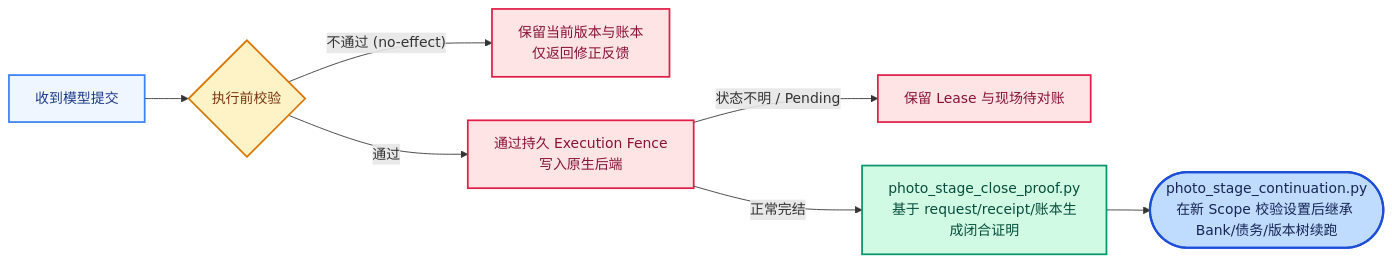
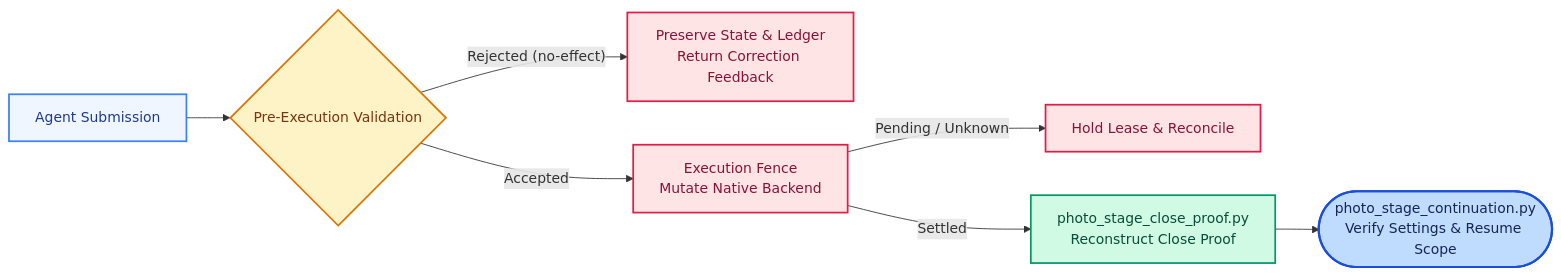
Before and after one commit to ARCHIC001/RetouchAgain: the diagram in docs/v20-update-and-usage.md, drawn with Mermaid. The commit also changed 4 other files, not shown here.

````diff
--- a/docs/v20-update-and-usage.md
+++ b/docs/v20-update-and-usage.md
@@ -26,15 +26,15 @@
 ```mermaid
 flowchart LR
     classDef flowStart fill:#eff6ff,stroke:#3b82f6,color:#1e3a8a,stroke-width:2px
     classDef flowEnd fill:#bfdbfe,stroke:#1d4ed8,color:#172554,stroke-width:2.5px
     classDef origVisual fill:#fef3c7,stroke:#d97706,color:#78350f,stroke-width:2px
     classDef origMemory fill:#d1fae5,stroke:#059669,color:#064e3b,stroke-width:2px
     classDef origGuard fill:#ffe4e6,stroke:#e11d48,color:#881337,stroke-width:2px
 
-    Turn["收到模型提交"]:::flowStart --> Check{"执行前校验"}:::origVisual
-    Check -->|"不通过 (no-effect)"| Reject["保留当前版本与账本<br/>仅返回修正反馈"]:::origGuard
-    Check -->|"通过"| Fence["通过持久 Execution Fence<br/>写入原生后端"]:::origGuard
-    Fence -->|"状态不明 / Pending"| Pause["保留 Lease 与现场待对账"]:::origGuard
-    Fence -->|"正常完结"| Proof["photo_stage_close_proof.py<br/>基于 request/receipt/账本生成闭合证明"]:::origMemory
-    Proof --> Cont(["photo_stage_continuation.py<br/>在新 Scope 校验设置后继承 Bank/债务/版本树续跑"]):::flowEnd
+    Turn["Agent Submission"]:::flowStart --> Check{"Pre-Execution Validation"}:::origVisual
+    Check -->|"Rejected (no-effect)"| Reject["Preserve State & Ledger<br/>Return Correction Feedback"]:::origGuard
+    Check -->|"Accepted"| Fence["Execution Fence<br/>Mutate Native Backend"]:::origGuard
+    Fence -->|"Pending / Unknown"| Pause["Hold Lease & Reconcile"]:::origGuard
+    Fence -->|"Settled"| Proof["photo_stage_close_proof.py<br/>Reconstruct Close Proof"]:::origMemory
+    Proof --> Cont(["photo_stage_continuation.py<br/>Verify Settings & Resume Scope"]):::flowEnd
 ```
````
